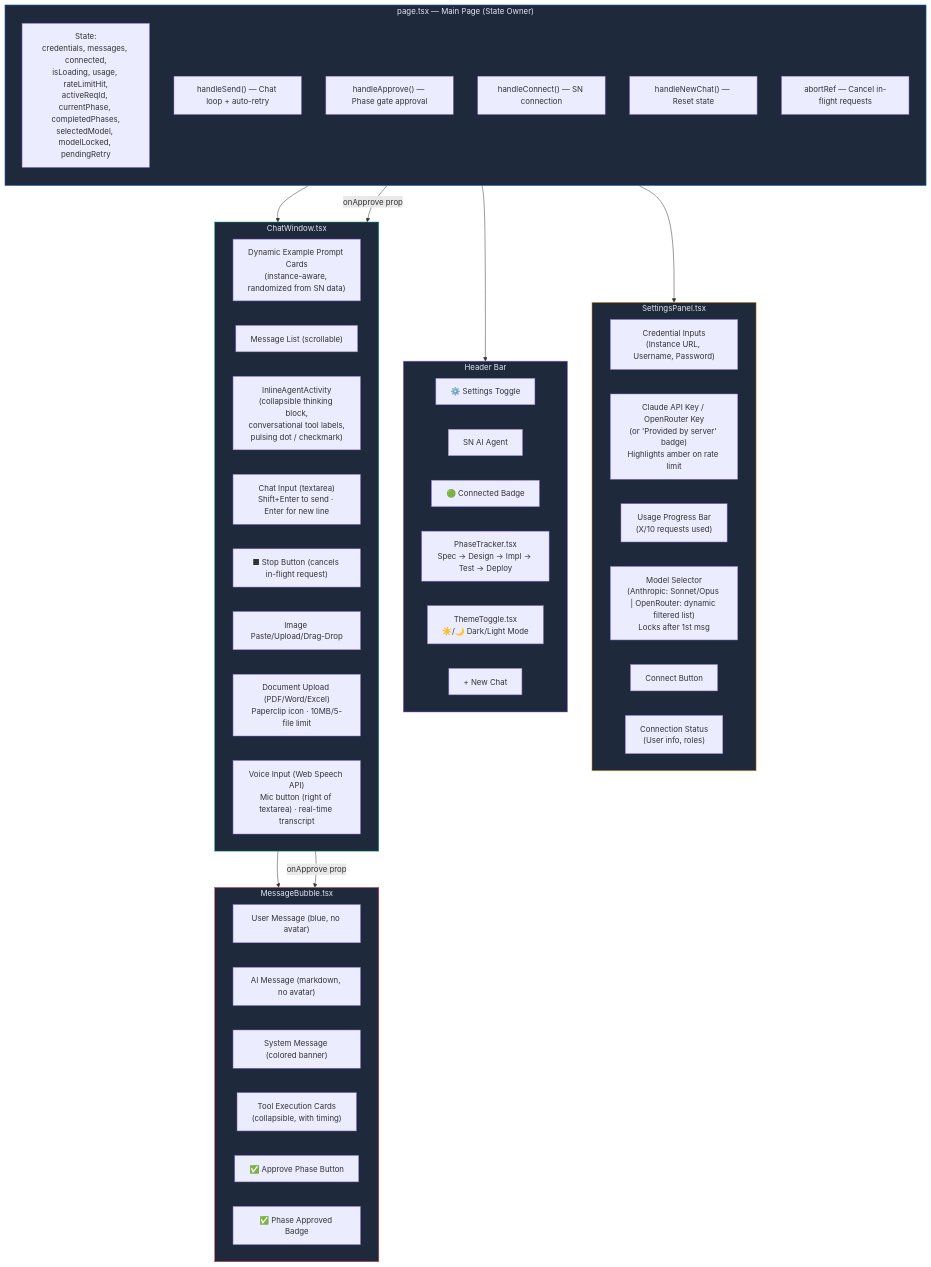
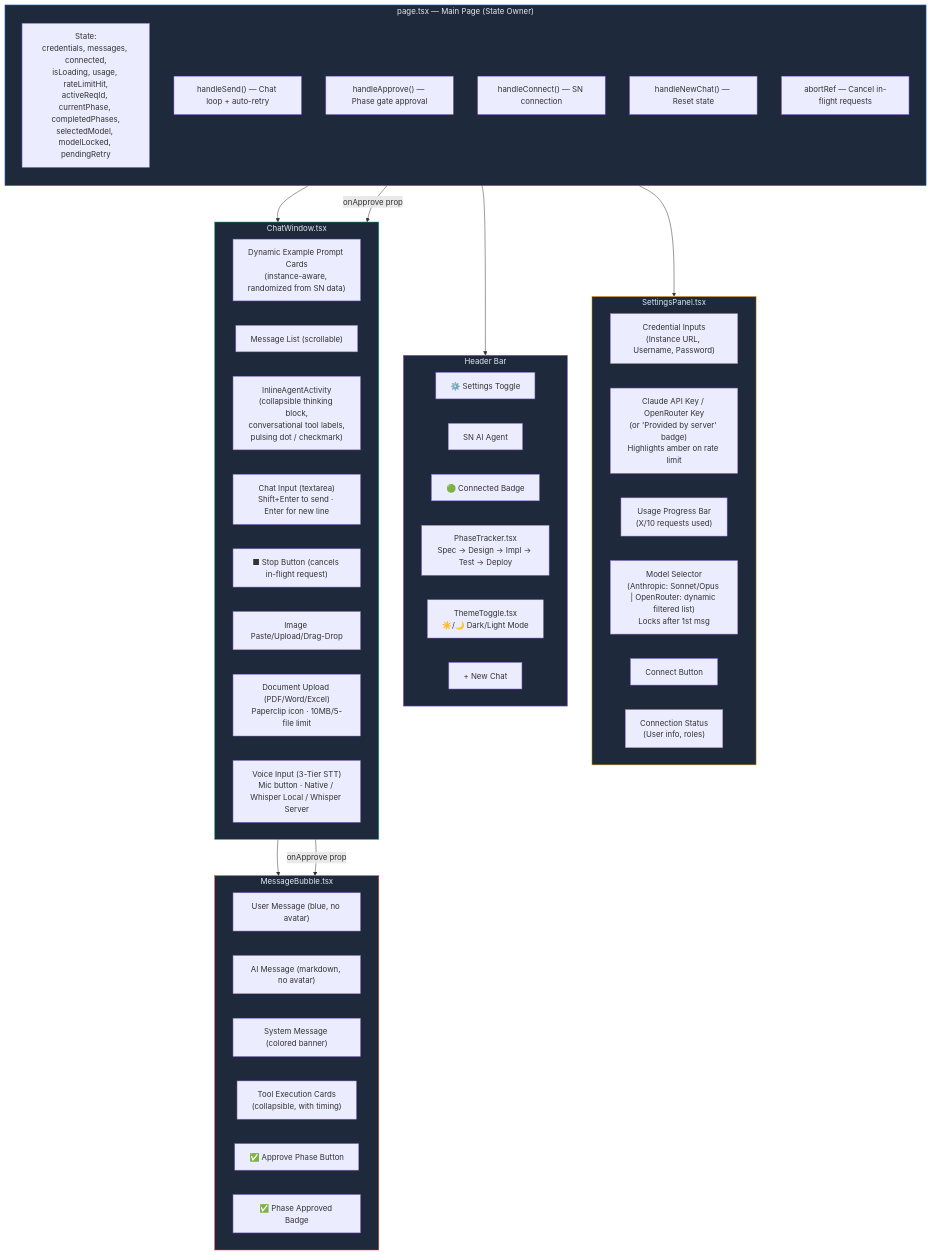
Before and after one commit to rtnsht/SN-AI-Dev-Agent: the second of 17 diagrams in docs/architecture.md, drawn with Mermaid. The commit also changed other lines of this file and 6 other files, not shown here.

First line of the commit message:
feat: 3-tier voice input with Whisper fallback for Brave/Firefox

````diff
--- a/docs/architecture.md
+++ b/docs/architecture.md
@@ -73,63 +73,63 @@
 ```mermaid
 graph TB
     subgraph PAGE["page.tsx — Main Page (State Owner)"]
         direction TB
         STATE["State:<br/>credentials, messages, connected,<br/>isLoading, usage, rateLimitHit,<br/>activeReqId, currentPhase, completedPhases,<br/>selectedModel, modelLocked, pendingRetry"]
         SEND["handleSend() — Chat loop + auto-retry"]
         APPROVE["handleApprove() — Phase gate approval"]
         CONNECT["handleConnect() — SN connection"]
         NEWCHAT["handleNewChat() — Reset state"]
         ABORT["abortRef — Cancel in-flight requests"]
     end
 
     subgraph SIDEBAR["SettingsPanel.tsx"]
         CREDS["Credential Inputs<br/>(Instance URL, Username, Password)"]
         APIKEY["Claude API Key / OpenRouter Key<br/>(or 'Provided by server' badge)<br/>Highlights amber on rate limit"]
         USAGE["Usage Progress Bar<br/>(X/10 requests used)"]
         MODEL["Model Selector<br/>(Anthropic: Sonnet/Opus | OpenRouter: dynamic filtered list)<br/>Locks after 1st msg"]
         CONN_BTN["Connect Button"]
         CONN_STATUS["Connection Status<br/>(User info, roles)"]
     end
 
     subgraph HEADER["Header Bar"]
         TOGGLE["⚙️ Settings Toggle"]
         TITLE["SN AI Agent"]
         CONN_BADGE["🟢 Connected Badge"]
         TRACKER["PhaseTracker.tsx<br/>Spec → Design → Impl → Test → Deploy"]
         THEME["ThemeToggle.tsx<br/>☀️/🌙 Dark/Light Mode"]
         NEW_BTN["+ New Chat"]
     end
 
     subgraph CHAT["ChatWindow.tsx"]
         EXAMPLES["Dynamic Example Prompt Cards<br/>(instance-aware, randomized from SN data)"]
         MSGLIST["Message List (scrollable)"]
         ACTIVITY["InlineAgentActivity<br/>(collapsible thinking block,<br/>conversational tool labels,<br/>pulsing dot / checkmark)"]
         INPUT["Chat Input (textarea)<br/>Shift+Enter to send · Enter for new line"]
         CANCEL["■ Stop Button (cancels in-flight request)"]
         IMAGES["Image Paste/Upload/Drag-Drop"]
         DOCS["Document Upload (PDF/Word/Excel)<br/>Paperclip icon · 10MB/5-file limit"]
-        MIC["Voice Input (Web Speech API)<br/>Mic button (right of textarea) · real-time transcript"]
+        MIC["Voice Input (3-Tier STT)<br/>Mic button · Native / Whisper Local / Whisper Server"]
     end
 
     subgraph MSG["MessageBubble.tsx"]
         USER_MSG["User Message (blue, no avatar)"]
         AI_MSG["AI Message (markdown, no avatar)"]
         SYS_MSG["System Message (colored banner)"]
         TOOL_CARD["Tool Execution Cards<br/>(collapsible, with timing)"]
         GATE_BTN["✅ Approve Phase Button"]
         APPROVED["✅ Phase Approved Badge"]
     end
 
     PAGE --> SIDEBAR
     PAGE --> HEADER
     PAGE --> CHAT
     CHAT --> MSG
     APPROVE -- "onApprove prop" --> CHAT
     CHAT -- "onApprove prop" --> MSG
 
     style PAGE fill:#1e293b,stroke:#3b82f6,color:#e2e8f0
     style SIDEBAR fill:#1e293b,stroke:#f59e0b,color:#e2e8f0
     style HEADER fill:#1e293b,stroke:#8b5cf6,color:#e2e8f0
     style CHAT fill:#1e293b,stroke:#10b981,color:#e2e8f0
     style MSG fill:#1e293b,stroke:#ef4444,color:#e2e8f0
 ```
````
